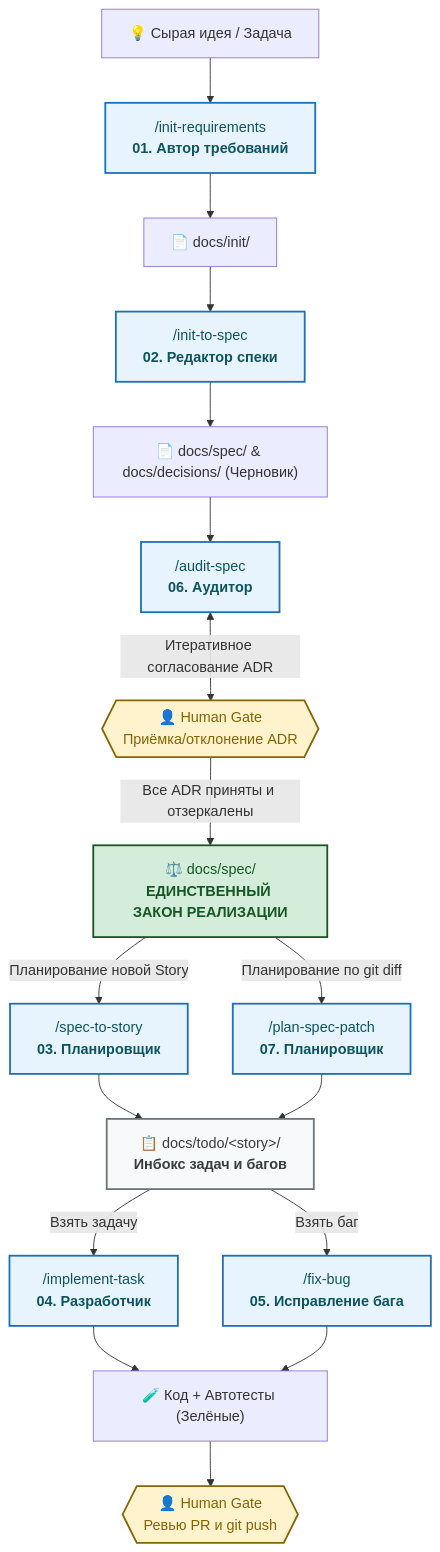
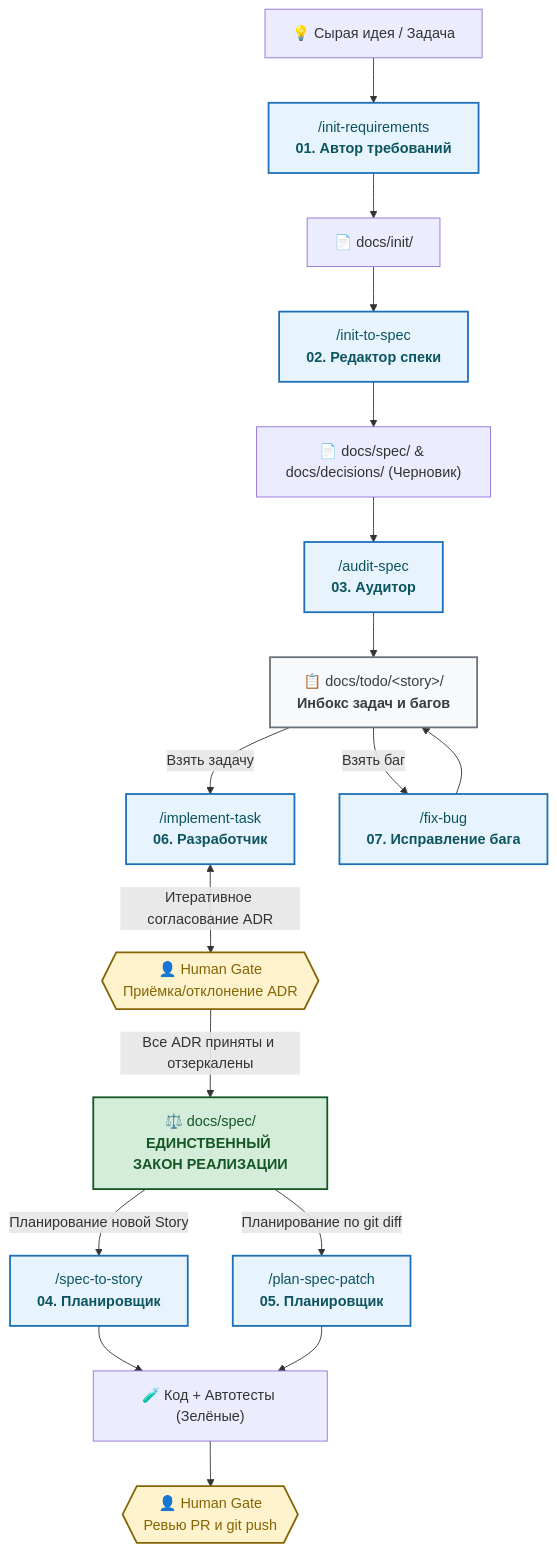
Before and after one commit to gste/deltafuse: the diagram in README.ru.md, drawn with Mermaid. The commit also changed other lines of this file and 13 other files, not shown here.

Commit message:
refactor: renumber prompts and skills into natural chronological lifecycle sequence 01..07

````diff
--- a/README.ru.md
+++ b/README.ru.md
@@ -15,32 +15,32 @@
 ```mermaid
 flowchart TD
     classDef human fill:#fff3cd,stroke:#856404,stroke-width:2px,color:#856404;
     classDef skill fill:#e8f4fd,stroke:#1d70b8,stroke-width:2px,color:#0c5460;
     classDef law fill:#d4edda,stroke:#155724,stroke-width:2px,color:#155724;
     classDef inbox fill:#f8f9fa,stroke:#6c757d,stroke-width:2px,color:#383d41;
 
     Raw["💡 Сырая идея / Задача"] --> S1["/init-requirements<br><b>01. Автор требований</b>"]:::skill
     S1 --> InitDoc["📄 docs/init/"]
 
     InitDoc --> S2["/init-to-spec<br><b>02. Редактор спеки</b>"]:::skill
     S2 --> SpecDraft["📄 docs/spec/ & docs/decisions/ (Черновик)"]
 
-    SpecDraft --> S6["/audit-spec<br><b>06. Аудитор</b>"]:::skill
+    SpecDraft --> S3["/audit-spec<br><b>03. Аудитор</b>"]:::skill
     S6 <-->|"Итеративное согласование ADR"| Gate1{{"👤 Human Gate<br>Приёмка/отклонение ADR"}}:::human
 
     Gate1 -->|"Все ADR приняты и отзеркалены"| SpecLaw["⚖️ docs/spec/<br><b>ЕДИНСТВЕННЫЙ ЗАКОН РЕАЛИЗАЦИИ</b>"]:::law
 
-    SpecLaw -->|"Планирование новой Story"| S3["/spec-to-story<br><b>03. Планировщик</b>"]:::skill
-    SpecLaw -->|"Планирование по git diff"| S7["/plan-spec-patch<br><b>07. Планировщик</b>"]:::skill
+    SpecLaw -->|"Планирование новой Story"| S4["/spec-to-story<br><b>04. Планировщик</b>"]:::skill
+    SpecLaw -->|"Планирование по git diff"| S5["/plan-spec-patch<br><b>05. Планировщик</b>"]:::skill
 
     S3 --> Inbox["📋 docs/todo/&lt;story&gt;/<br><b>Инбокс задач и багов</b>"]:::inbox
     S7 --> Inbox
 
-    Inbox -->|"Взять задачу"| S4["/implement-task<br><b>04. Разработчик</b>"]:::skill
-    Inbox -->|"Взять баг"| S5["/fix-bug<br><b>05. Исправление бага</b>"]:::skill
+    Inbox -->|"Взять задачу"| S6["/implement-task<br><b>06. Разработчик</b>"]:::skill
+    Inbox -->|"Взять баг"| S7["/fix-bug<br><b>07. Исправление бага</b>"]:::skill
 
     S4 --> Code["🧪 Код + Автотесты (Зелёные)"]
     S5 --> Code
 
     Code --> Gate2{{"👤 Human Gate<br>Ревью PR и git push"}}:::human
 ```
````
